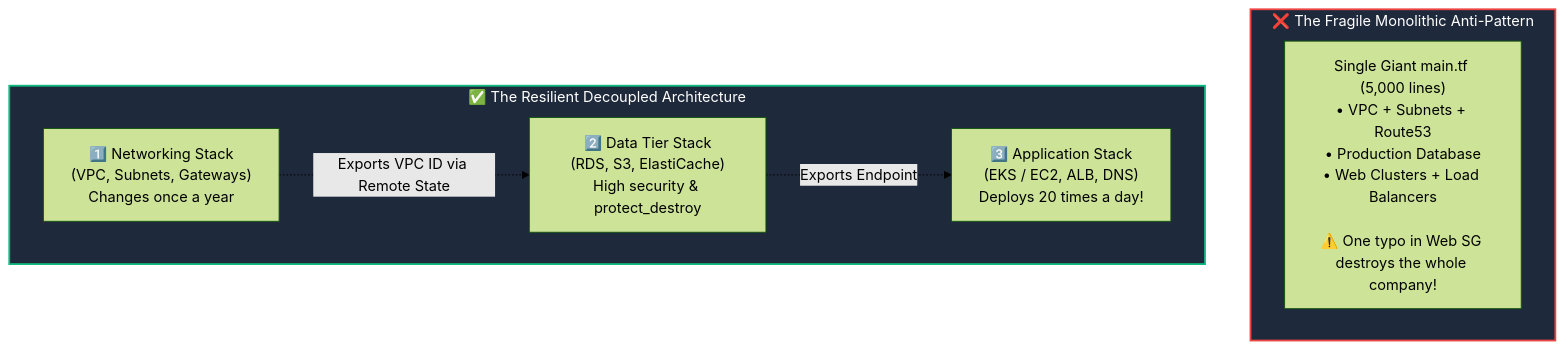
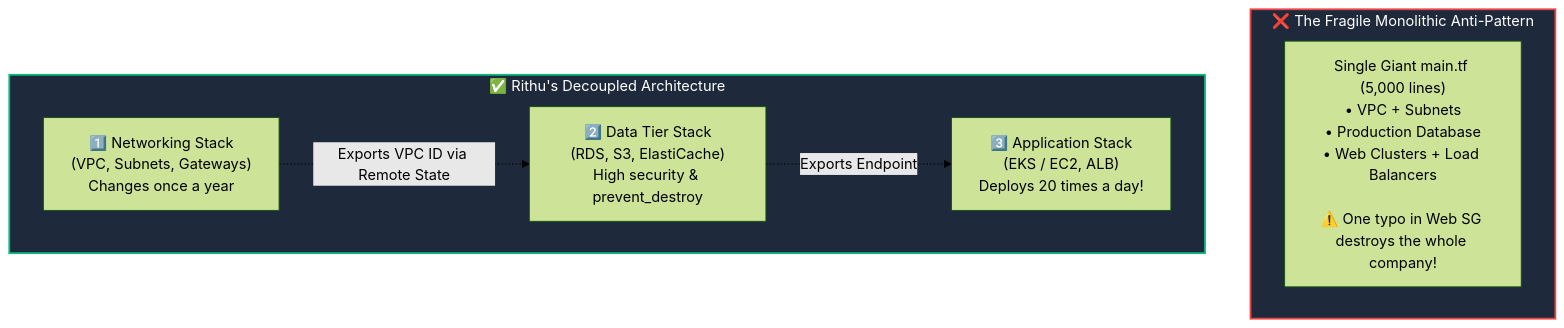
The diagram in 16-terraform-best-practices/README.md (agravi987/Learning-Terraform-For-DevOps), drawn with Mermaid (forest theme) before and after one commit. The commit also changed other lines of this file and 18 other files, not shown here.

````diff
--- a/16-terraform-best-practices/README.md
+++ b/16-terraform-best-practices/README.md
@@ -23,18 +27,18 @@
 ```mermaid
 flowchart TD
     subgraph Monolith ["❌ The Fragile Monolithic Anti-Pattern"]
-        MONO["Single Giant main.tf (5,000 lines)\n• VPC + Subnets + Route53\n• Production Database\n• Web Clusters + Load Balancers\n\n⚠️ One typo in Web SG destroys the whole company!"]
+        MONO["Single Giant main.tf (5,000 lines)\n• VPC + Subnets\n• Production Database\n• Web Clusters + Load Balancers\n\n⚠️ One typo in Web SG destroys the whole company!"]
     end
 
-    subgraph Decoupled ["✅ The Resilient Decoupled Architecture"]
+    subgraph Decoupled ["✅ Rithu's Decoupled Architecture"]
         NET["1️⃣ Networking Stack\n(VPC, Subnets, Gateways)\nChanges once a year"]
-        DATA["2️⃣ Data Tier Stack\n(RDS, S3, ElastiCache)\nHigh security & protect_destroy"]
-        APP["3️⃣ Application Stack\n(EKS / EC2, ALB, DNS)\nDeploys 20 times a day!"]
+        DATA["2️⃣ Data Tier Stack\n(RDS, S3, ElastiCache)\nHigh security & prevent_destroy"]
+        APP["3️⃣ Application Stack\n(EKS / EC2, ALB)\nDeploys 20 times a day!"]
     end
 
     NET -.->|Exports VPC ID via Remote State| DATA
     DATA -.->|Exports Endpoint| APP
 
     style Monolith fill:#1e293b,stroke:#ef4444,stroke-width:2px,color:#fff
     style Decoupled fill:#1e293b,stroke:#10b981,stroke-width:2px,color:#fff
 ```
````
